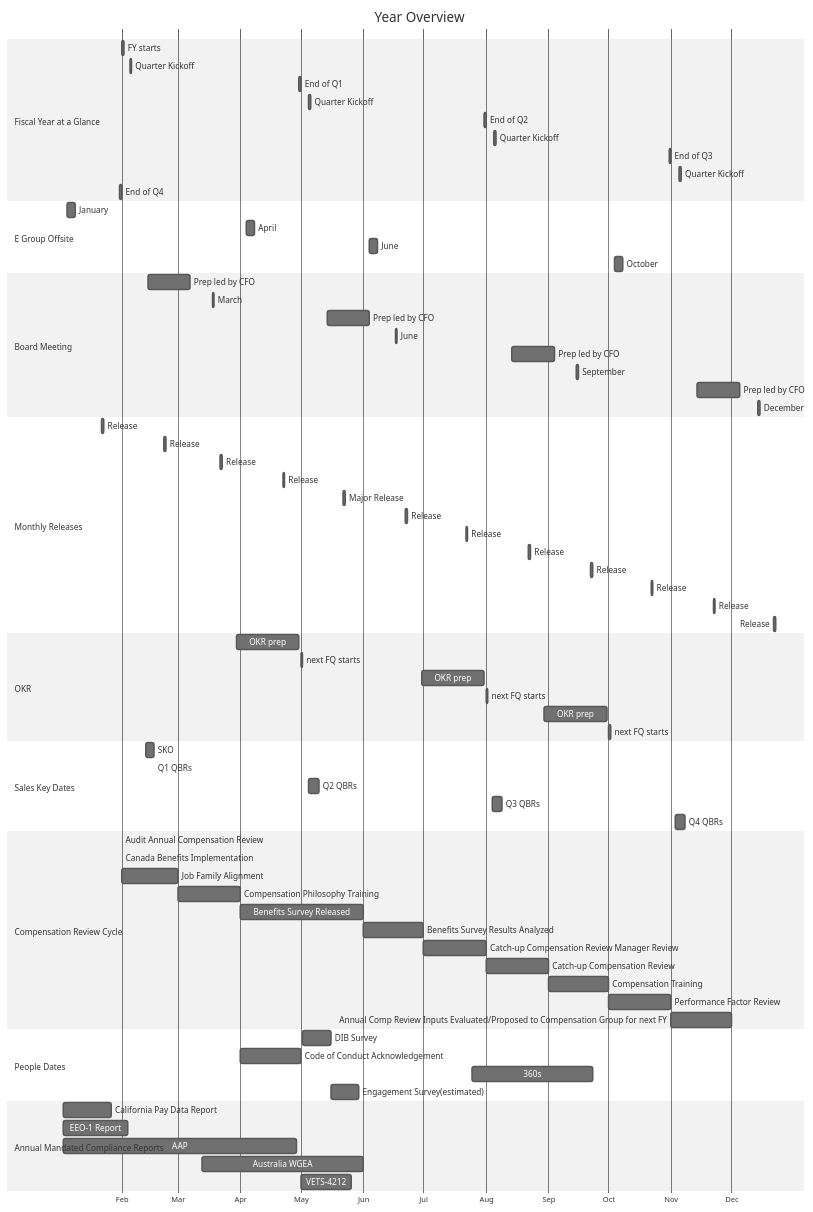
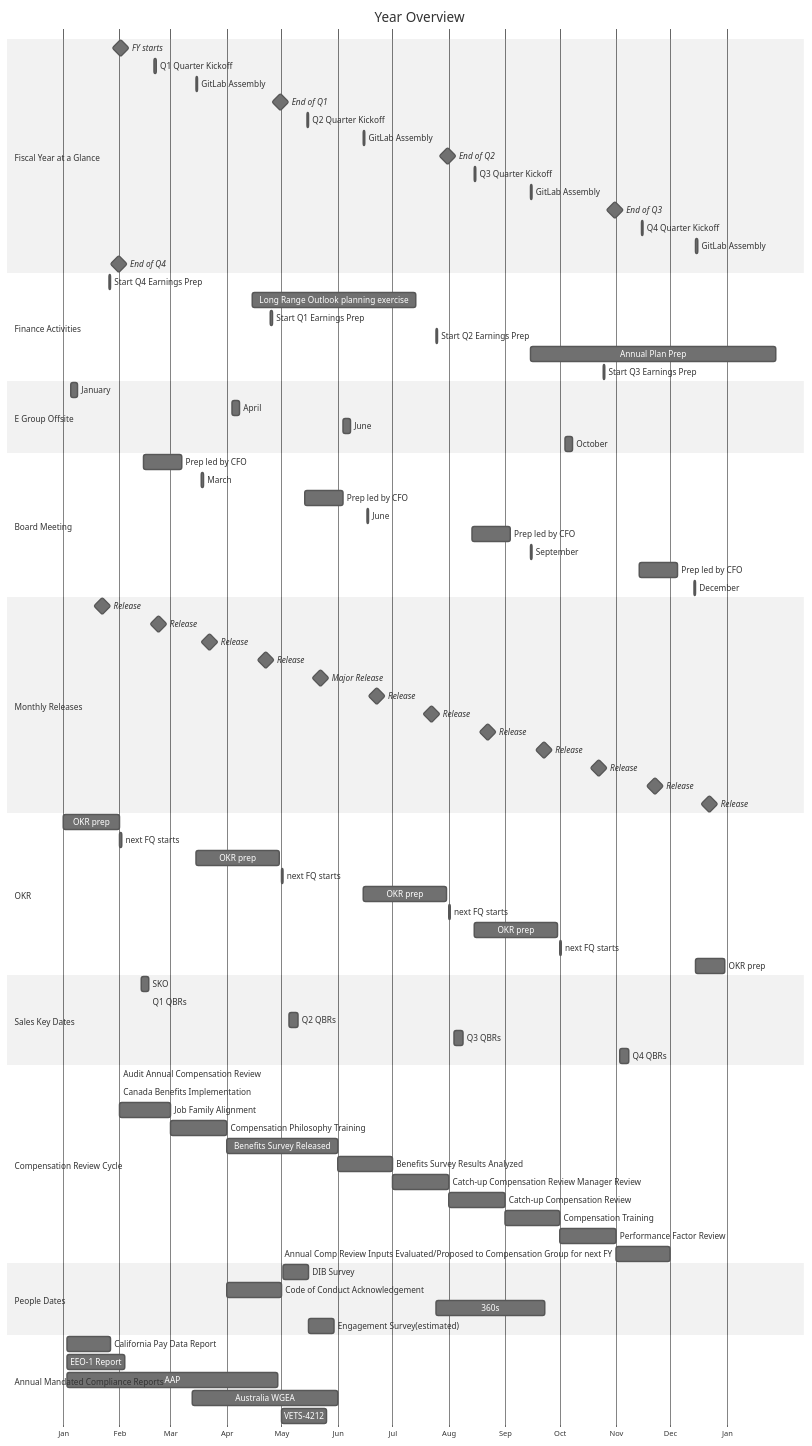
One commit to secretstartups/handbook changed the diagram in cadence/index.html.md. Above: the diagram before and after it, drawn with Mermaid (neutral theme). The commit also changed other lines of this file, not shown here.

Commit message:
Add earnings activities + Annual Planning

```diff
--- a/cadence/index.html.md
+++ b/cadence/index.html.md
@@ -122,16 +122,28 @@
     axisFormat %b
 
     section Fiscal Year at a Glance
-    FY starts                   :02-01, 1d
-    Quarter Kickoff             :02-05, 1d
-    End of Q1                   :04-30, 1d
-    Quarter Kickoff             :05-05, 1d
-    End of Q2                   :07-31, 1d
-    Quarter Kickoff             :08-05, 1d
-    End of Q3                   :10-31, 1d
-    Quarter Kickoff             :11-05, 1d
-    End of Q4                   :01-31, 1d
+    FY starts                   :milestone, m1, 02-01, 1d
+    Q1 Quarter Kickoff          :02-20, 1d
+    GitLab Assembly             :03-15, 1d
+    End of Q1                   :milestone, m2,04-30, 1d
+    Q2 Quarter Kickoff          :05-15, 1d
+    GitLab Assembly             :06-15, 1d
+    End of Q2                   :milestone, m3,07-31, 1d
+    Q3 Quarter Kickoff          :08-15, 1d
+    GitLab Assembly             :09-15, 1d
+    End of Q3                   :milestone, m4,10-31, 1d
+    Q4 Quarter Kickoff          :11-15, 1d
+    GitLab Assembly             :12-15, 1d
+    End of Q4                   :milestone, m5,01-31, 1d
 
+    section Finance Activities
+    Start Q4 Earnings Prep      :01-26, 1d
+    Long Range Outlook planning exercise :04-15, 90d
+    Start Q1 Earnings Prep      :04-25, 1d
+    Start Q2 Earnings Prep      :07-25, 1d
+    Annual Plan Prep            :09-15, 135d
+    Start Q3 Earnings Prep      :10-25, 1d
+        
     section E Group Offsite
     January                     :01-05, 4d
     April                       :04-04, 4d
@@ -149,26 +161,29 @@
     December                    :12-14, 1d
 
     section Monthly Releases
-    Release                        :01-22, 1d
-    Release                        :02-22, 1d
-    Release                        :03-22, 1d
-    Release                        :04-22, 1d
-    Major Release                        :05-22, 1d
-    Release                        :06-22, 1d
-    Release                        :07-22, 1d
-    Release                        :08-22, 1d
-    Release                        :09-22, 1d
-    Release                        :10-22, 1d
-    Release                        :11-22, 1d
-    Release                        :12-22, 1d
+    Release                     :milestone, m12,01-22, 1d
+    Release                     :milestone, m1,02-22, 1d
+    Release                     :milestone, m2,03-22, 1d
+    Release                     :milestone, m3,04-22, 1d
+    Major Release               :milestone, m4,05-22, 1d
+    Release                     :milestone, m5,06-22, 1d
+    Release                     :milestone, m6,07-22, 1d
+    Release                     :milestone, m7,08-22, 1d
+    Release                     :milestone, m8,09-22, 1d
+    Release                     :milestone, m9,10-22, 1d
+    Release                     :milestone, m10,11-22, 1d
+    Release                     :milestone, m11,12-22, 1d
 
     section OKR
-    OKR prep                    :03-30, 31d
+    OKR prep                    :01-01, 31d
+    next FQ starts              :02-01, 1d
+    OKR prep                    :03-15, 46d
     next FQ starts              :05-01, 1d
-    OKR prep                    :06-30, 31d
+    OKR prep                    :06-15, 46d
     next FQ starts              :08-01, 1d
-    OKR prep                    :08-30, 31d
+    OKR prep                    :08-15, 46d
     next FQ starts              :10-01, 1d
+    OKR prep                    :12-15, 16d
 
     section Sales Key Dates
     SKO                         :02-13, 4d
@@ -190,7 +205,6 @@
     Performance Factor Review            :11-01
     Annual Comp Review Inputs Evaluated/Proposed to Compensation Group for next FY :12-01
 
-
     section People Dates
     DIB Survey                      :05-02, 14d
     Code of Conduct Acknowledgement :04-01, 30d
```
